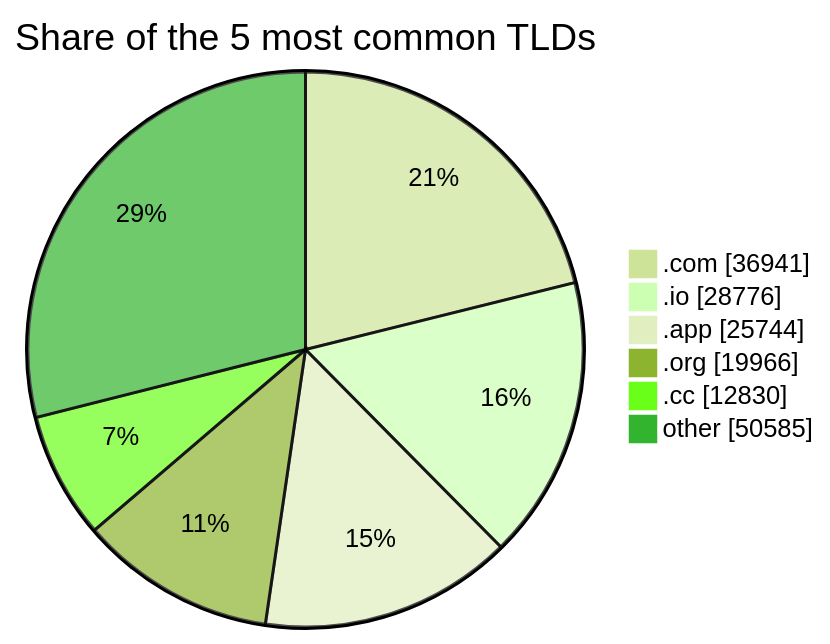
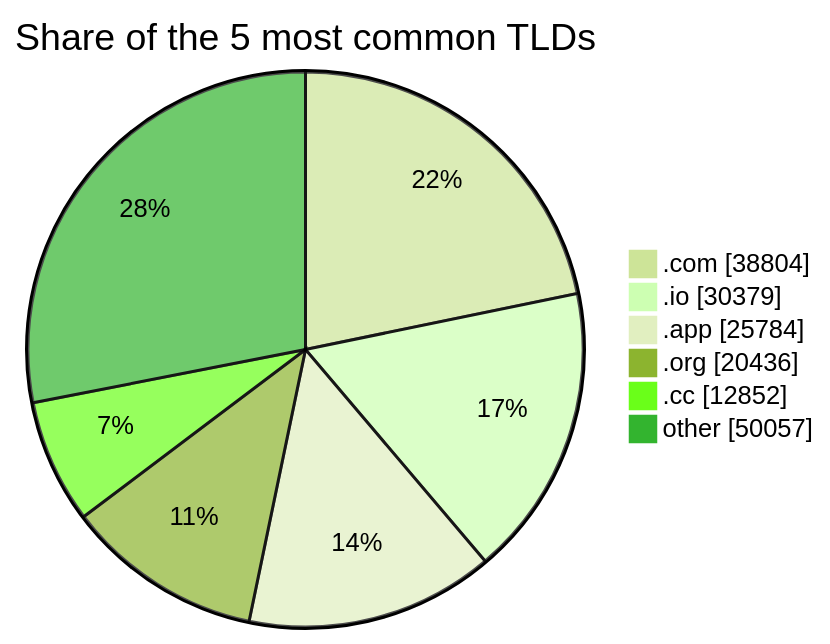
The third of 3 diagrams in README.md (DNSBunker/CTI), drawn with Mermaid (forest theme) before and after one commit. The commit also changed other lines of this file and 3 other files, not shown here.

````diff
--- a/README.md
+++ b/README.md
@@ -81,9 +81,9 @@
 ```mermaid
 pie showData title Share of the 5 most common TLDs
-    ".com" : 36941
-    ".io" : 28776
-    ".app" : 25744
-    ".org" : 19966
-    ".cc" : 12830
-    "other" : 50585
+    ".com" : 38804
+    ".io" : 30379
+    ".app" : 25784
+    ".org" : 20436
+    ".cc" : 12852
+    "other" : 50057
 ```
````
